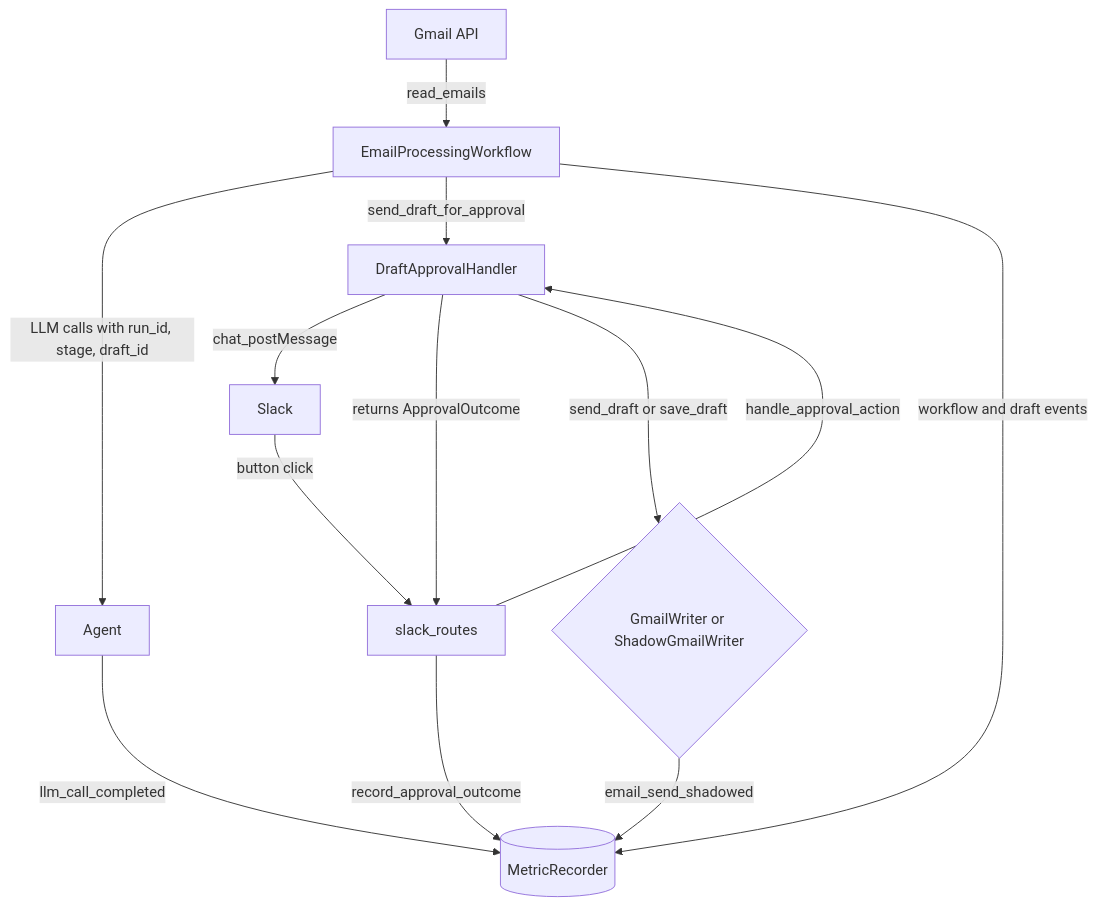
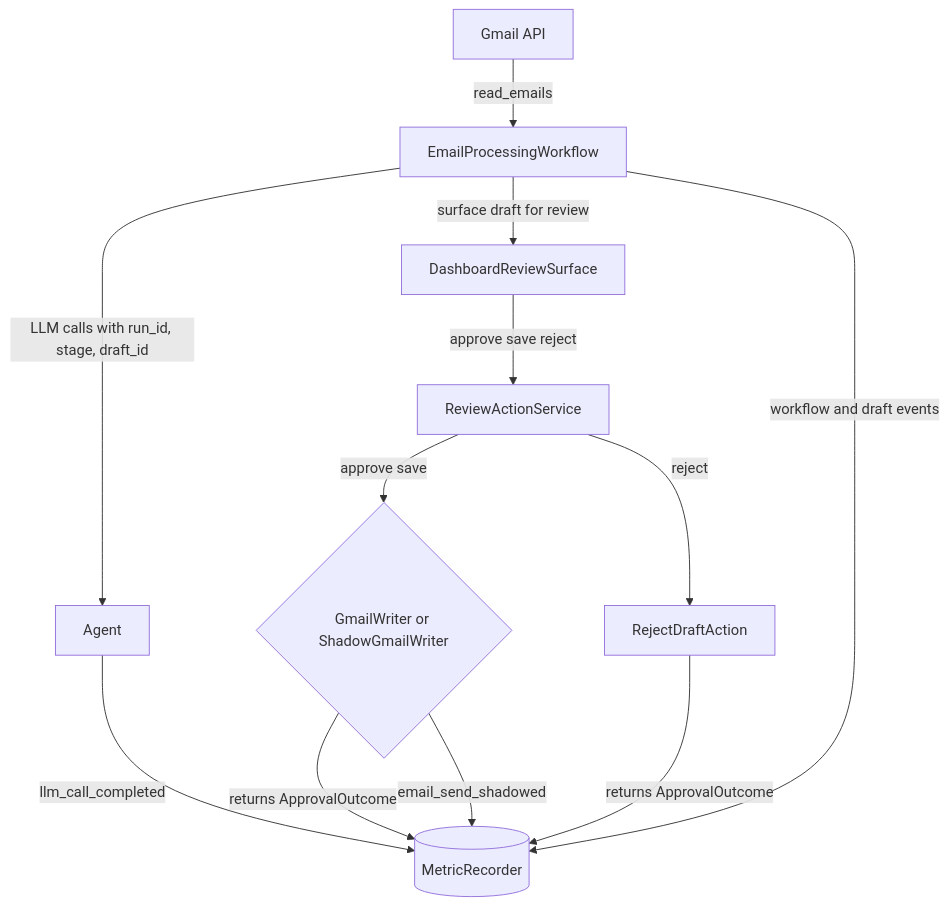
Before and after one commit to ksharma6/Inbox0: the diagram in docs/decisions/evaluation/002-shadow_mode.md, drawn with Mermaid. The commit also changed other lines of this file and 1 other file, not shown here.

````diff
--- a/docs/decisions/evaluation/002-shadow_mode.md
+++ b/docs/decisions/evaluation/002-shadow_mode.md
@@ -60,15 +65,14 @@
 ```mermaid
 flowchart TB
     Gmail[Gmail API] -->|read_emails| WF[EmailProcessingWorkflow]
     WF -->|LLM calls with run_id, stage, draft_id| Agent
-    WF -->|send_draft_for_approval| DAH[DraftApprovalHandler]
-    DAH -->|chat_postMessage| Slack
-    Slack -->|button click| Routes[slack_routes]
-    Routes -->|handle_approval_action| DAH
-    DAH -->|returns ApprovalOutcome| Routes
-    DAH -->|send_draft or save_draft| Writer{GmailWriter or ShadowGmailWriter}
-    Routes -->|record_approval_outcome| Recorder[(MetricRecorder)]
+    WF -->|surface draft for review| Dashboard[DashboardReviewSurface]
+    Dashboard -->|approve save reject| Actions[ReviewActionService]
+    Actions -->|approve save| Writer{GmailWriter or ShadowGmailWriter}
+    Actions -->|reject| Reject[RejectDraftAction]
+    Writer -->|returns ApprovalOutcome| Recorder[(MetricRecorder)]
+    Reject -->|returns ApprovalOutcome| Recorder
     WF -->|workflow and draft events| Recorder
     Agent -->|llm_call_completed| Recorder
     Writer -->|email_send_shadowed| Recorder
 ```
````
